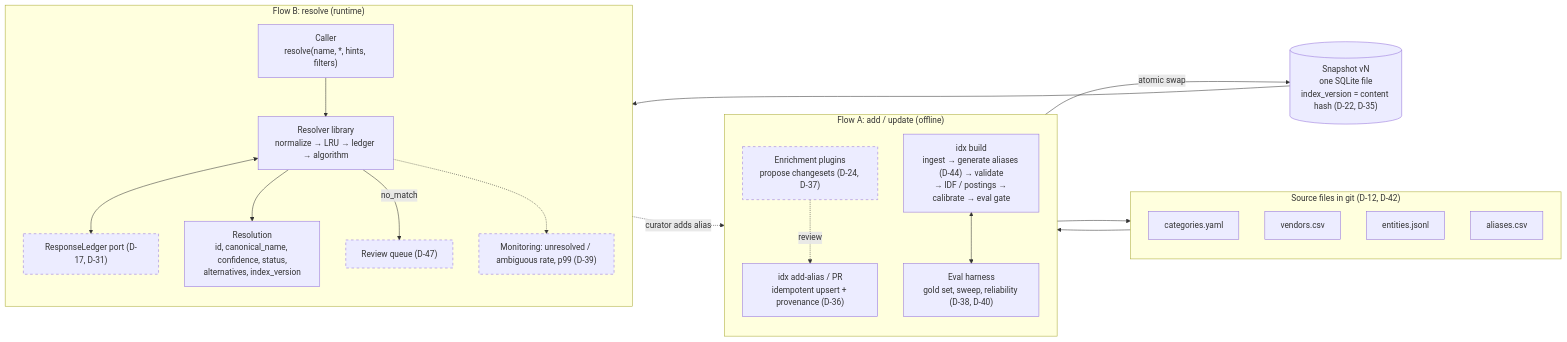
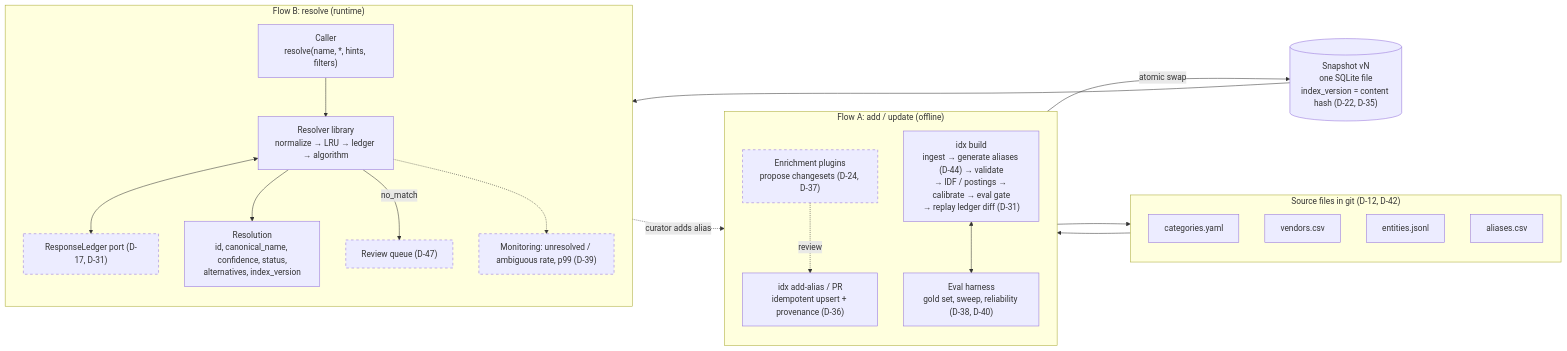
One commit to ofekisr/technology-entity-disambiguation-challenge changed the diagram in challange/docs/architecture.md. Above: the diagram before and after it, drawn with Mermaid. The commit also changed 1 other file, not shown here.

Commit message:
fix(diagram): add replay step and sub-vendor rule

````diff
--- a/challange/docs/architecture.md
+++ b/challange/docs/architecture.md
@@ -6,44 +6,44 @@
 ```mermaid
 flowchart LR
     subgraph SRC["Source files in git (D-12, D-42)"]
         CAT[categories.yaml]
         VEN[vendors.csv]
         ENT[entities.jsonl]
         ALI[aliases.csv]
     end
 
     subgraph A["Flow A: add / update (offline)"]
         direction TB
         UPD["idx add-alias / PR<br/>idempotent upsert + provenance (D-36)"]
         PLUG["Enrichment plugins<br/>propose changesets (D-24, D-37)"]:::stub
-        BUILD["idx build<br/>ingest → generate aliases (D-44) → validate<br/>→ IDF / postings → calibrate → eval gate"]
+        BUILD["idx build<br/>ingest → generate aliases (D-44) → validate<br/>→ IDF / postings → calibrate → eval gate<br/>→ replay ledger diff (D-31)"]
         EVAL["Eval harness<br/>gold set, sweep, reliability (D-38, D-40)"]
     end
 
     SNAP[("Snapshot vN<br/>one SQLite file<br/>index_version = content hash (D-22, D-35)")]
 
     subgraph B["Flow B: resolve (runtime)"]
         direction TB
         CALLER["Caller<br/>resolve(name, *, hints, filters)"]
         LIB["Resolver library<br/>normalize → LRU → ledger → algorithm"]
         LEDGER["ResponseLedger port (D-17, D-31)"]:::stub
         RES["Resolution<br/>id, canonical_name, confidence, status,<br/>alternatives, index_version"]
         RQ["Review queue (D-47)"]:::stub
         MON["Monitoring: unresolved / ambiguous rate, p99 (D-39)"]:::stub
     end
 
     UPD --> SRC
     PLUG -.->|review| UPD
     SRC --> BUILD
     BUILD <--> EVAL
     BUILD -->|atomic swap| SNAP
     CALLER --> LIB
     SNAP --> LIB
     LIB <--> LEDGER
     LIB --> RES
     LIB -->|no_match| RQ
     LIB -.-> MON
     RQ -.->|curator adds alias| UPD
 
     classDef stub stroke-dasharray: 5 5
 ```
````
